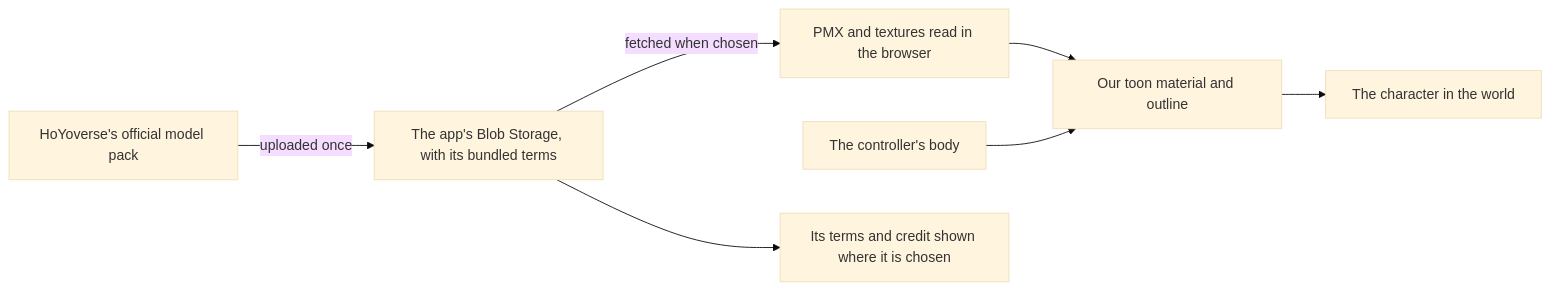
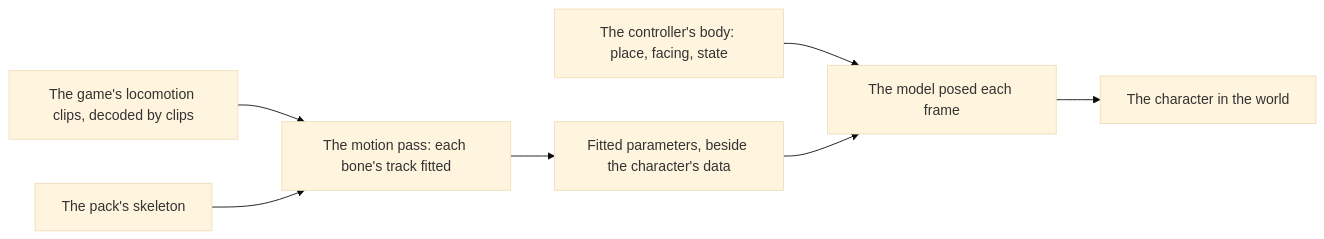
Before and after one commit to Esposter/Esposter: the diagram in apps/web/content/docs/proposals/genshin/characters.md, drawn with Mermaid (base theme). The commit also changed other lines of this file and 3 other files, not shown here.

First line of the commit message:
docs(genshin): characters is an as-built page of the PMX reader and the pack it draws, and the proposal keeps the body, the motion, the scale and the terms' place

````diff
--- a/apps/web/content/docs/proposals/genshin/characters.md
+++ b/apps/web/content/docs/proposals/genshin/characters.md
@@ -21,9 +20,9 @@
 ```mermaid
 flowchart LR
-  OFF[HoYoverse's official model pack] -->|uploaded once| BLOB[The app's Blob Storage, with its bundled terms]
-  BLOB -->|fetched when chosen| READ[PMX and textures read in the browser]
-  READ --> DRAW[Our toon material and outline]
-  BODY[The controller's body] --> DRAW
-  DRAW --> WORLD[The character in the world]
-  BLOB --> TERMS[Its terms and credit shown where it is chosen]
+  CLIPS["The game's locomotion clips, decoded by clips"] --> FIT["The motion pass: each bone's track fitted"]
+  PACK["The pack's skeleton"] --> FIT
+  FIT --> PARAMETERS["Fitted parameters, beside the character's data"]
+  BODY["The controller's body: place, facing, state"] --> POSE["The model posed each frame"]
+  PARAMETERS --> POSE
+  POSE --> WORLD["The character in the world"]
 ```
````
